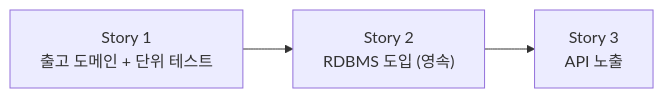
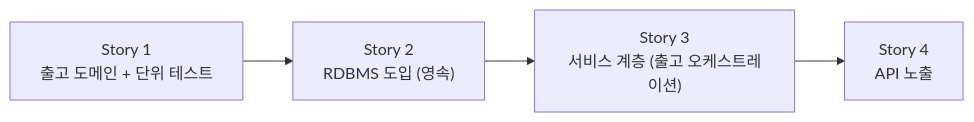
One commit to JuJin1324/assignment-inventory-management changed the diagram in docs/epics/outbound/3-plan/stories.md. Above: the diagram before and after it, drawn with Mermaid. The commit also changed other lines of this file, not shown here.

First line of the commit message:
docs: 출고 Story 구조 변경 — Story 3을 서비스 계층 / API 노출로 분리

````diff
--- a/docs/epics/outbound/3-plan/stories.md
+++ b/docs/epics/outbound/3-plan/stories.md
@@ -7,7 +7,8 @@
 ```mermaid
 graph LR
     S1["Story 1<br/>출고 도메인 + 단위 테스트"]
     S2["Story 2<br/>RDBMS 도입 (영속)"]
-    S3["Story 3<br/>API 노출"]
-    S1 --> S2 --> S3
+    S3["Story 3<br/>서비스 계층 (출고 오케스트레이션)"]
+    S4["Story 4<br/>API 노출"]
+    S1 --> S2 --> S3 --> S4
 ```
````
